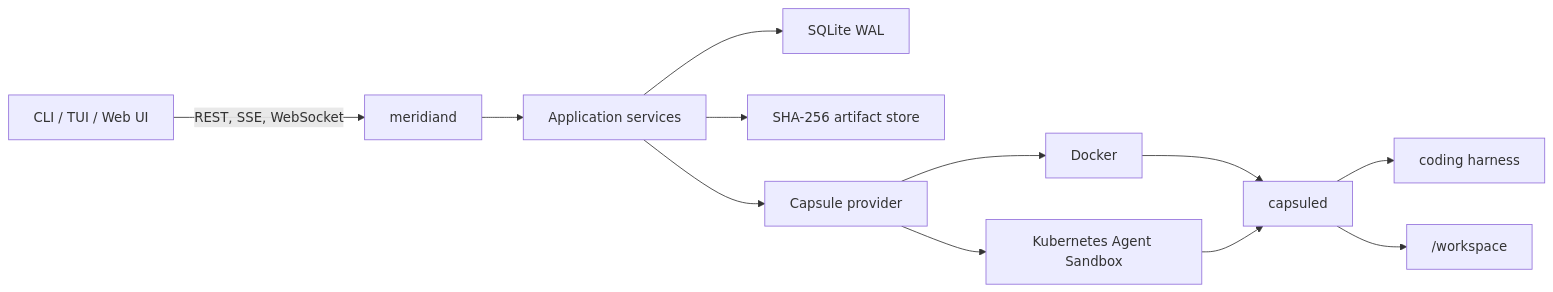
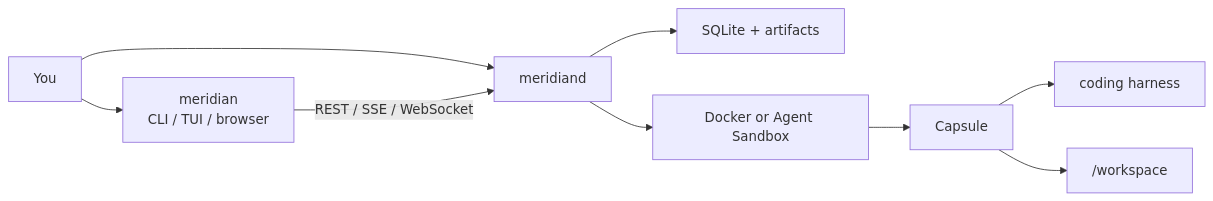
Before and after one commit to OrlojHQ/meridian: the diagram in README.md, drawn with Mermaid. The commit also changed other lines of this file and 208 other files, not shown here.

````diff
--- a/README.md
+++ b/README.md
@@ -342,14 +64,11 @@
 ```mermaid
 flowchart LR
-    Clients["CLI / TUI / Web UI"] -->|"REST, SSE, WebSocket"| Daemon["meridiand"]
-    Daemon --> App["Application services"]
-    App --> Metadata["SQLite WAL"]
-    App --> Artifacts["SHA-256 artifact store"]
-    App --> Provider["Capsule provider"]
-    Provider --> Docker["Docker"]
-    Provider --> K8s["Kubernetes Agent Sandbox"]
-    Docker --> Supervisor["capsuled"]
-    K8s --> Supervisor
-    Supervisor --> Harness["coding harness"]
-    Supervisor --> Workspace["/workspace"]
+    You["You"] --> Client["meridian<br/>CLI / TUI / browser"]
+    You --> Daemon["meridiand"]
+    Client -->|"REST / SSE / WebSocket"| Daemon
+    Daemon --> Store["SQLite + artifacts"]
+    Daemon --> Provider["Docker or Agent Sandbox"]
+    Provider --> Capsule["Capsule"]
+    Capsule --> Harness["coding harness"]
+    Capsule --> Workspace["/workspace"]
 ```
````
